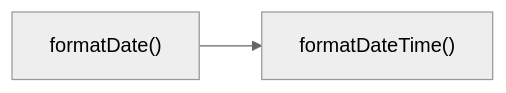
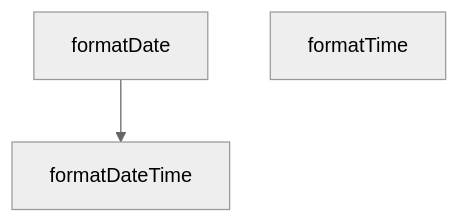
One commit to peckop/venthub-hvac-esite changed the diagram in src/i18n/datetime.md. Above: the diagram before and after it, drawn with Mermaid (neutral theme). The commit also changed other lines of this file and 488 other files, not shown here.

````diff
--- a/src/i18n/datetime.md
+++ b/src/i18n/datetime.md
@@ -102,4 +93,7 @@
 ```mermaid
-graph LR
-    formatDate["formatDate()"] --> formatDateTime["formatDateTime()"]
+graph TD
+    datetime_ts__formatDate["formatDate"]
+    datetime_ts__formatDateTime["formatDateTime"]
+    datetime_ts__formatTime["formatTime"]
+    datetime_ts__formatDate --> datetime_ts__formatDateTime
 ```
````
